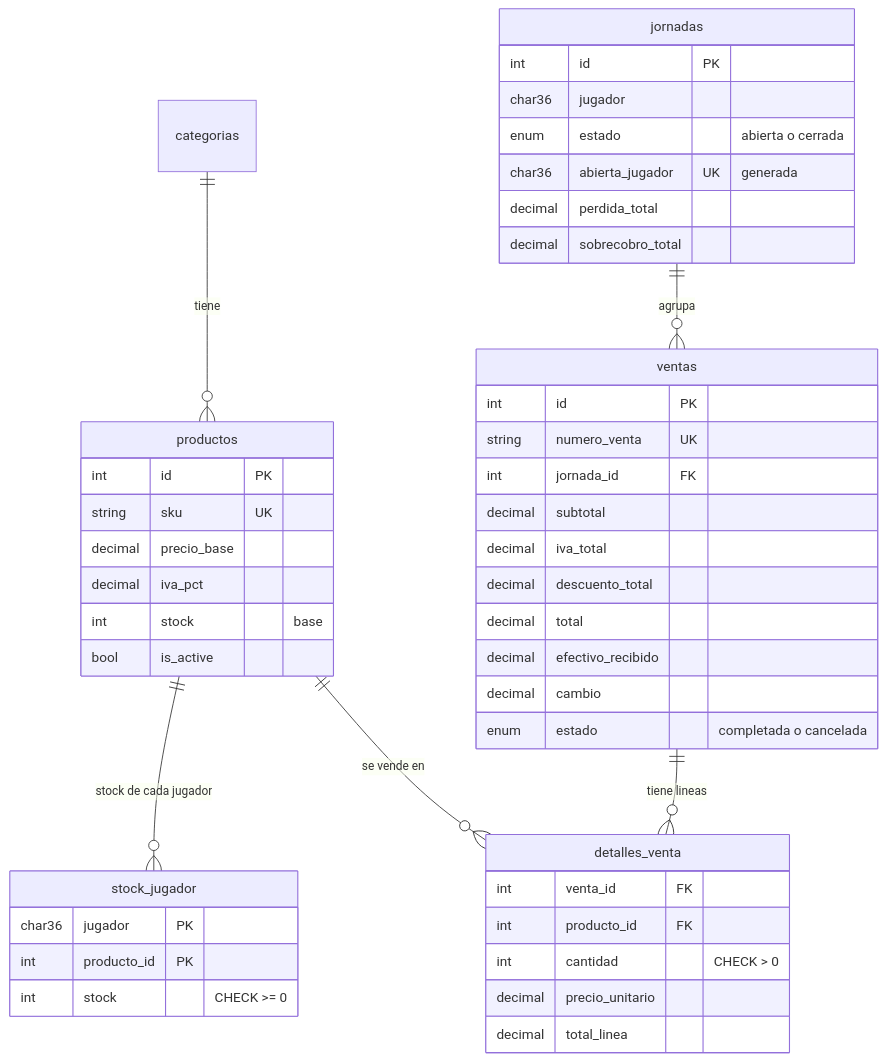
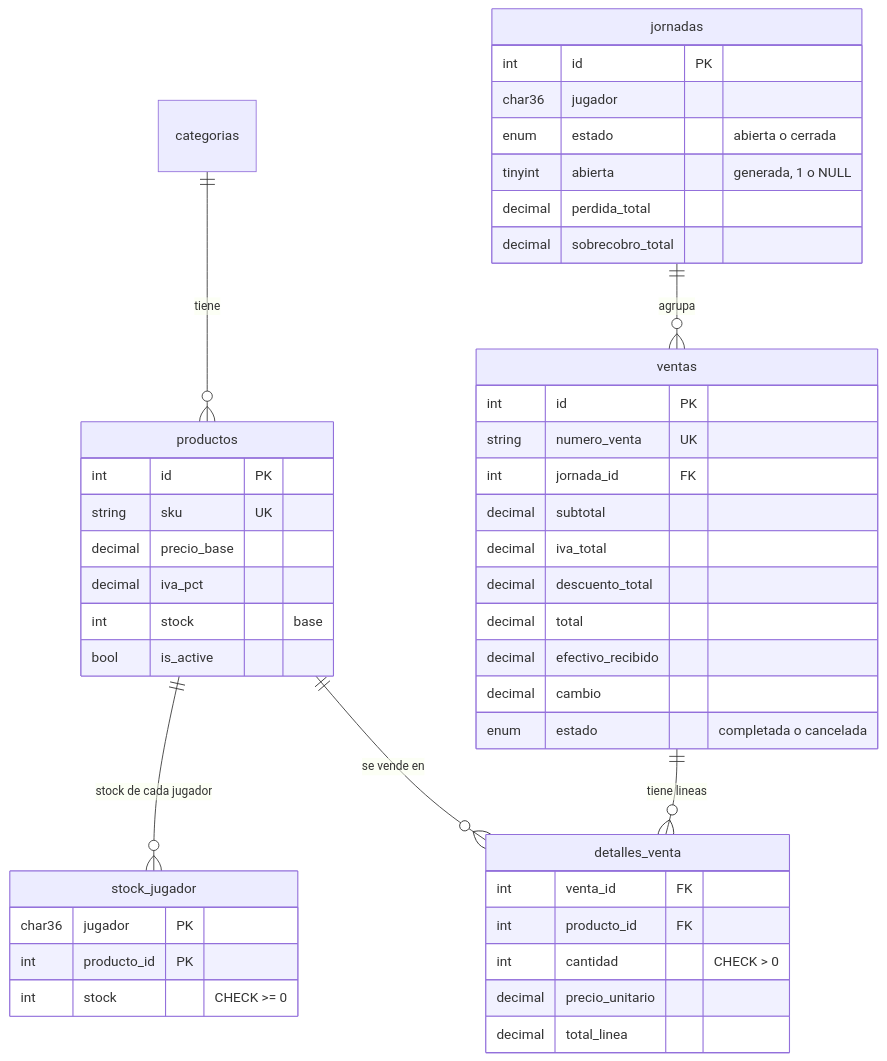
Diagram 13 of 16 in docs/GUIA.md (AdrianCCRS/supermarkeyt-simulator), drawn with Mermaid before and after one commit. The commit also changed other lines of this file and 3 other files, not shown here.

First line of the commit message:
Fix schema on MariaDB 10.11: one open jornada per player via numeric 'abierta' column + UNIQUE (jugador, abierta)

````diff
--- a/docs/GUIA.md
+++ b/docs/GUIA.md
@@ -347,49 +347,49 @@
 ```mermaid
 erDiagram
     categorias ||--o{ productos : "tiene"
     productos ||--o{ stock_jugador : "stock de cada jugador"
     productos ||--o{ detalles_venta : "se vende en"
     jornadas ||--o{ ventas : "agrupa"
     ventas ||--o{ detalles_venta : "tiene lineas"
 
     productos {
         int id PK
         string sku UK
         decimal precio_base
         decimal iva_pct
         int stock "base"
         bool is_active
     }
     stock_jugador {
         char36 jugador PK
         int producto_id PK
         int stock "CHECK >= 0"
     }
     jornadas {
         int id PK
         char36 jugador
         enum estado "abierta o cerrada"
-        char36 abierta_jugador UK "generada"
+        tinyint abierta "generada, 1 o NULL"
         decimal perdida_total
         decimal sobrecobro_total
     }
     ventas {
         int id PK
         string numero_venta UK
         int jornada_id FK
         decimal subtotal
         decimal iva_total
         decimal descuento_total
         decimal total
         decimal efectivo_recibido
         decimal cambio
         enum estado "completada o cancelada"
     }
     detalles_venta {
         int venta_id FK
         int producto_id FK
         int cantidad "CHECK > 0"
         decimal precio_unitario
         decimal total_linea
     }
 ```
````
